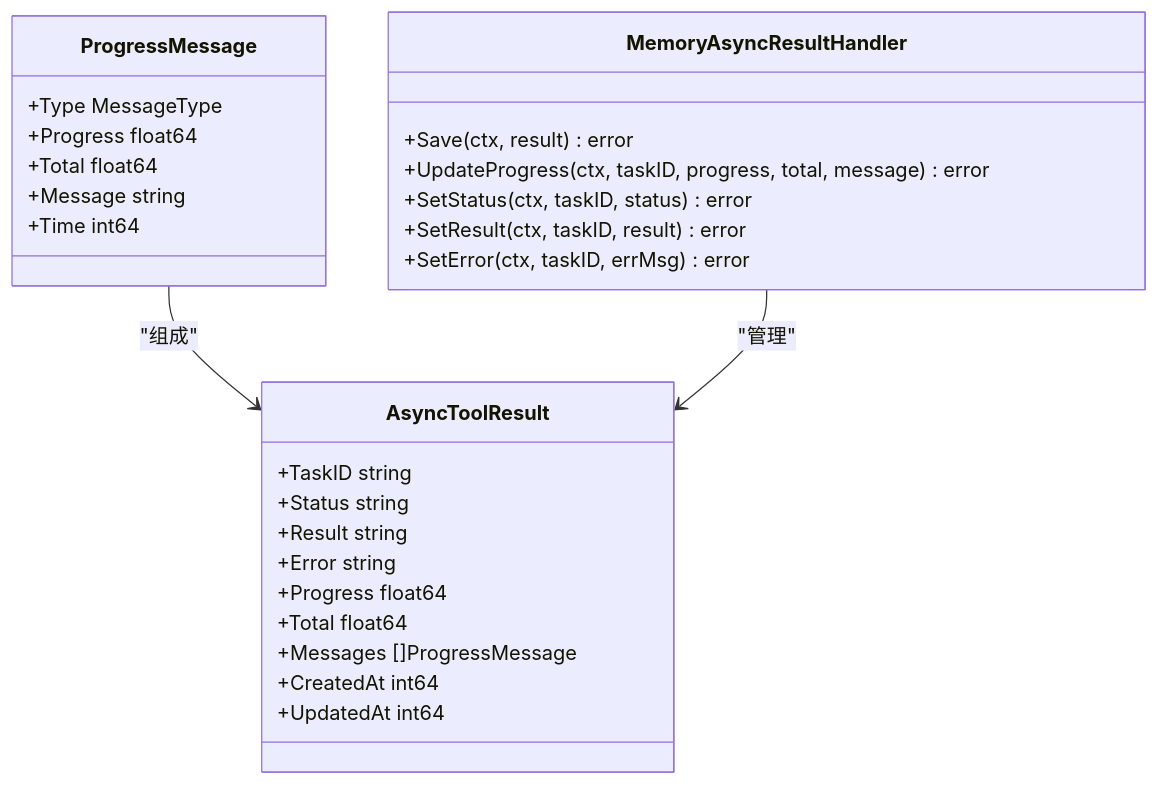
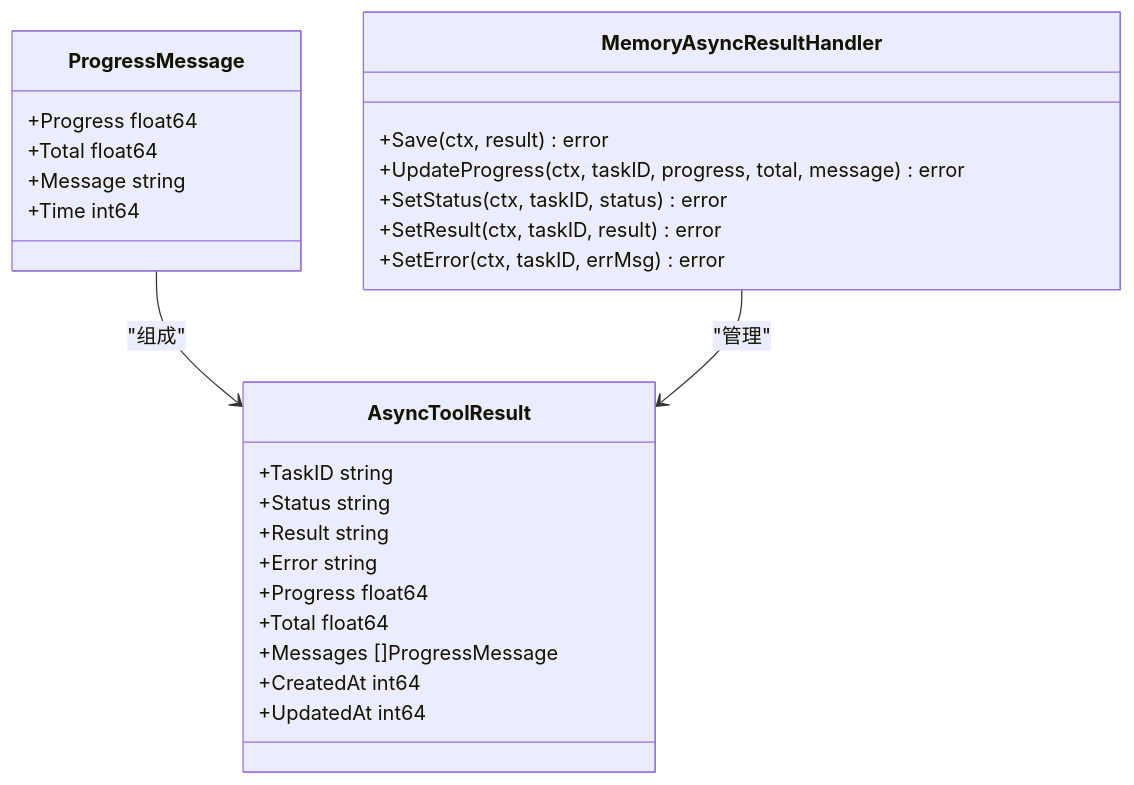
One commit to maomao94/zero-service changed the ninth of 15 diagrams in .qoder/repowiki/zh/content/公共组件库/异步任务组件.md. Above: the diagram before and after it, drawn with Mermaid. The commit also changed other lines of this file and 48 other files, not shown here.

````diff
--- a/.qoder/repowiki/zh/content/公共组件库/异步任务组件.md
+++ b/.qoder/repowiki/zh/content/公共组件库/异步任务组件.md
@@ -439,30 +459,29 @@
 ```mermaid
 classDiagram
 class ProgressMessage {
-+Type MessageType
 +Progress float64
 +Total float64
 +Message string
 +Time int64
 }
 class AsyncToolResult {
 +TaskID string
 +Status string
 +Result string
 +Error string
 +Progress float64
 +Total float64
 +Messages []ProgressMessage
 +CreatedAt int64
 +UpdatedAt int64
 }
 class MemoryAsyncResultHandler {
 +Save(ctx, result) error
 +UpdateProgress(ctx, taskID, progress, total, message) error
 +SetStatus(ctx, taskID, status) error
 +SetResult(ctx, taskID, result) error
 +SetError(ctx, taskID, errMsg) error
 }
 ProgressMessage --> AsyncToolResult : "组成"
 MemoryAsyncResultHandler --> AsyncToolResult : "管理"
 ```
````
